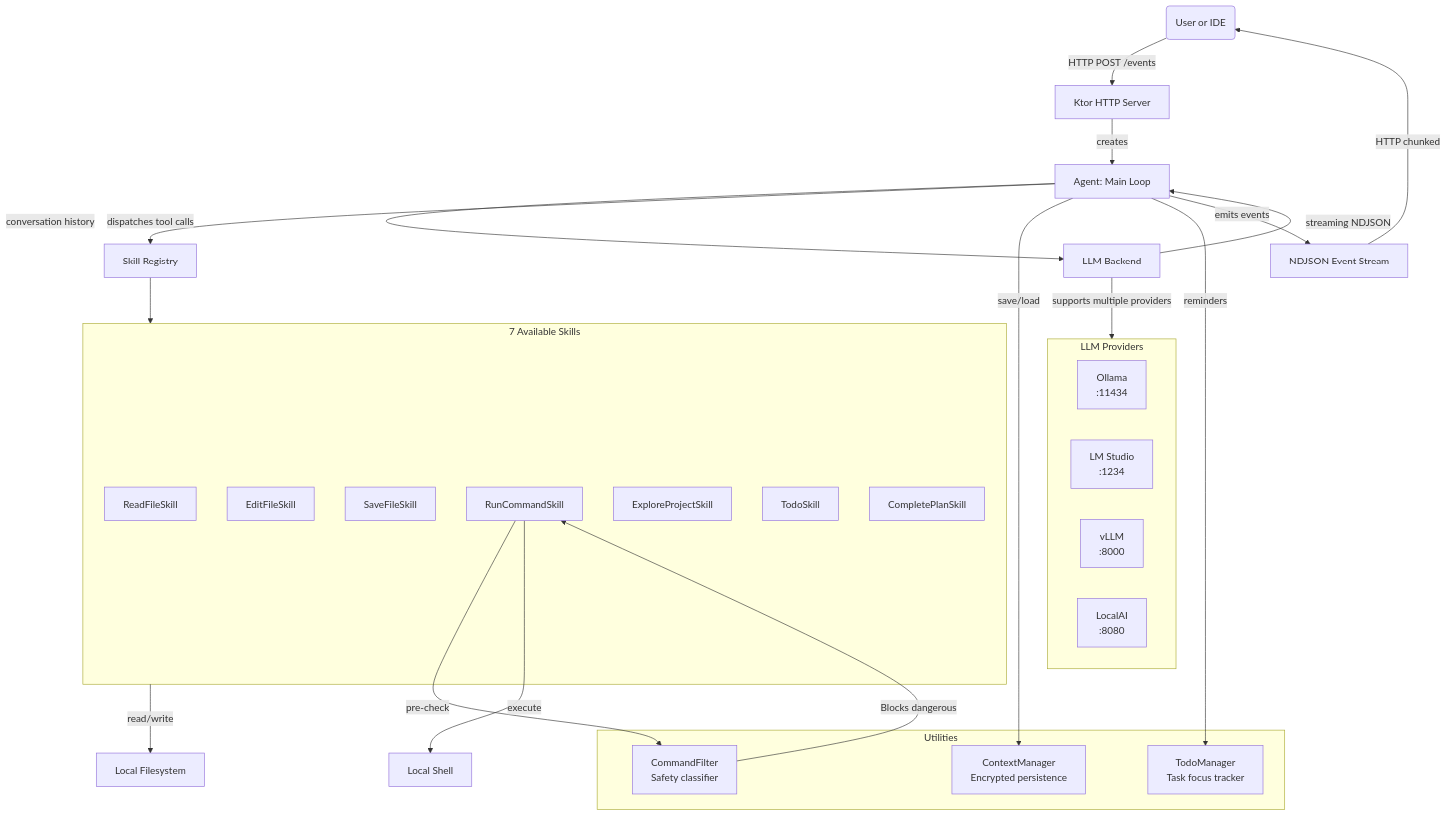
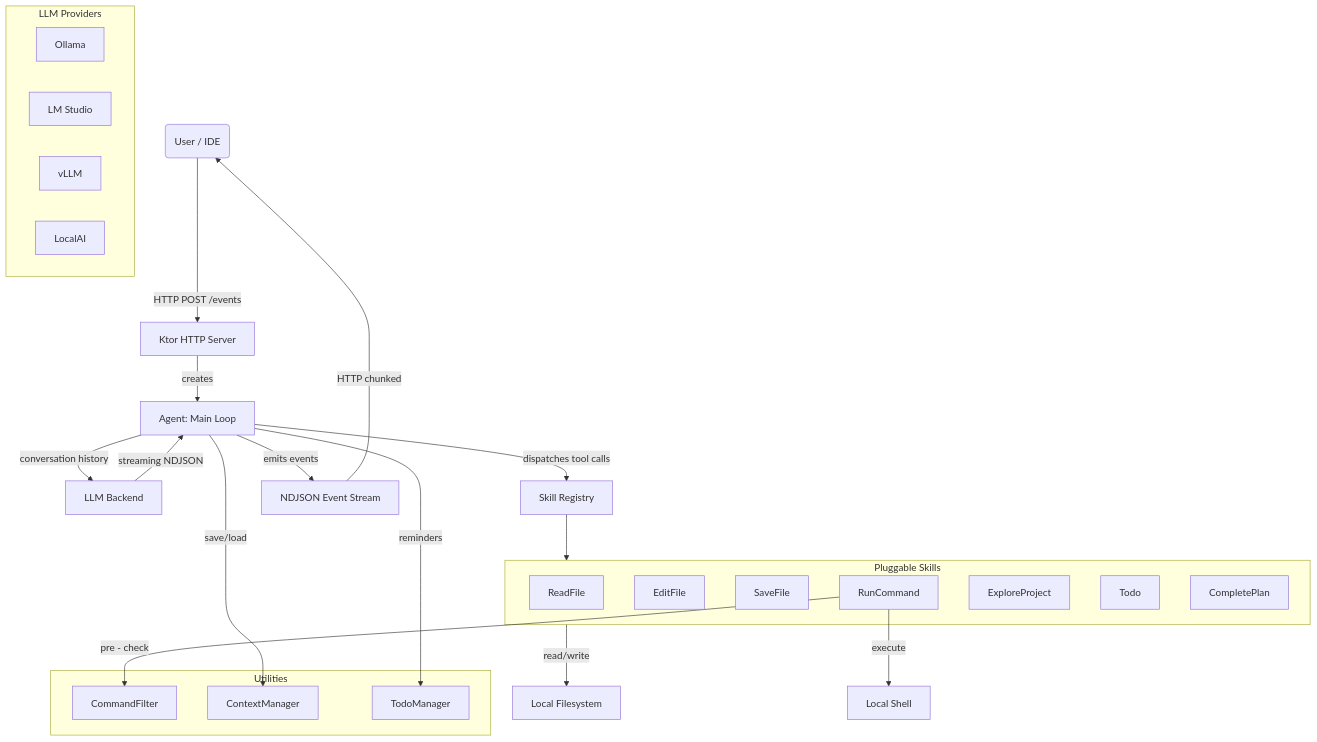
Before and after one commit to lg841226/Gradum: the diagram in README.md, drawn with Mermaid. The commit also changed other lines of this file and 75 other files, not shown here.

First line of the commit message:
feat: add SchemaVariant API and refactor tool schema adaptation

````diff
--- a/README.md
+++ b/README.md
@@ -21,47 +128,40 @@
 ```mermaid
 flowchart TB
-    User(User or IDE) -->|HTTP POST /events| Server[Ktor HTTP Server]
+    User(User / IDE) -->|HTTP POST /events| Server[Ktor HTTP Server]
     Server -->|creates| Agent[Agent: Main Loop]
-
     Agent -->|conversation history| LLM[LLM Backend]
     Agent -->|dispatches tool calls| SkillReg[Skill Registry]
     LLM -->|streaming NDJSON| Agent
-    LLM -->|supports multiple providers| Providers
 
     subgraph Providers[LLM Providers]
-        P1[Ollama<br/>:11434]
-        P2[LM Studio<br/>:1234]
-        P3[vLLM<br/>:8000]
-        P4[LocalAI<br/>:8080]
+        P1[Ollama]
+        P2[LM Studio]
+        P3[vLLM]
+        P4[LocalAI]
     end
 
-    subgraph Skills[7 Available Skills]
-        S1[ReadFileSkill]
-        S2[EditFileSkill]
-        S3[SaveFileSkill]
-        S4[RunCommandSkill]
-        S5[ExploreProjectSkill]
-        S6[TodoSkill]
-        S7[CompletePlanSkill]
+    subgraph Skills[Pluggable Skills]
+        S1[ReadFile]
+        S2[EditFile]
+        S3[SaveFile]
+        S4[RunCommand]
+        S5[ExploreProject]
+        S6[Todo]
+        S7[CompletePlan]
     end
 
     subgraph Utilities
-        CF[CommandFilter<br/>Safety classifier]
-        CTX[ContextManager<br/>Encrypted persistence]
-        TODO[TodoManager<br/>Task focus tracker]
+        CF[CommandFilter]
+        CTX[ContextManager]
+        TODO[TodoManager]
     end
 
     SkillReg --> Skills
-
-    S4 -->|pre-check| CF
-    CF -->|Blocks dangerous| S4
-
+    S4 -->|pre - check| CF
     Agent -->|save/load| CTX
     Agent -->|reminders| TODO
-
     Skills -->|read/write| Files[Local Filesystem]
     S4 -->|execute| Shell[Local Shell]
-
     Agent -->|emits events| Stream[NDJSON Event Stream]
     Stream -->|HTTP chunked| User
 ```
````
